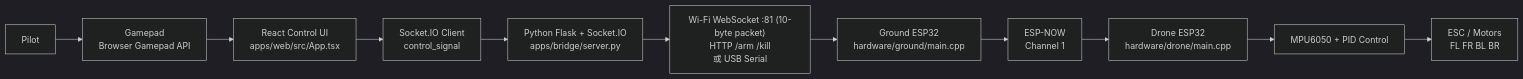
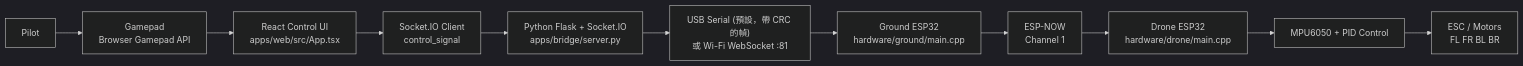
The first of 5 diagrams in docs/architecture.md (citycafe578/esp32Drone), drawn with Mermaid (dark theme) before and after one commit. The commit also changed other lines of this file and 26 other files, not shown here.

````diff
--- a/docs/architecture.md
+++ b/docs/architecture.md
@@ -5,25 +5,25 @@
 ```mermaid
 flowchart LR
     User["Pilot"]
     Gamepad["Gamepad<br/>Browser Gamepad API"]
     React["React Control UI<br/>apps/web/src/App.tsx"]
     Socket["Socket.IO Client<br/>control_signal"]
     Flask["Python Flask + Socket.IO<br/>apps/bridge/server.py"]
-    Serial["Wi-Fi WebSocket :81 (10-byte packet)<br/>HTTP /arm /kill<br/>或 USB Serial"]
+    Serial["USB Serial (預設，帶 CRC 的幀)<br/>或 Wi-Fi WebSocket :81"]
     Ground["Ground ESP32<br/>hardware/ground/main.cpp"]
     NRF["ESP-NOW<br/>Channel 1"]
     Drone["Drone ESP32<br/>hardware/drone/main.cpp"]
     PID["MPU6050 + PID Control"]
     Motors["ESC / Motors<br/>FL FR BL BR"]
 
     User --> Gamepad
     Gamepad --> React
     React --> Socket
     Socket --> Flask
     Flask --> Serial
     Serial --> Ground
     Ground --> NRF
     NRF --> Drone
     Drone --> PID
     PID --> Motors
 ```
````
